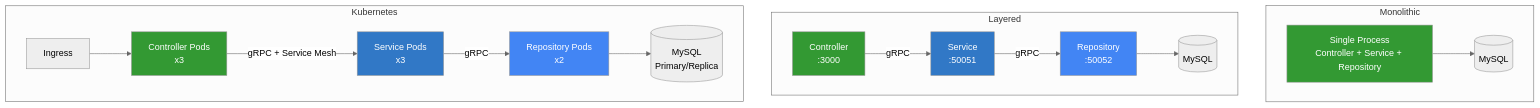
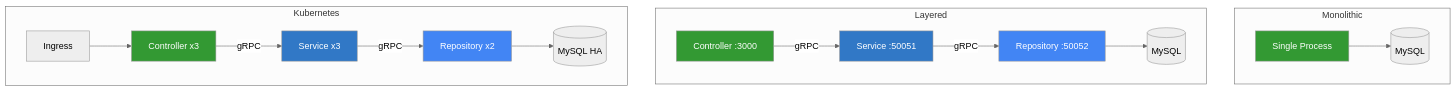
One commit to jrjohn/arcana-cloud-nodejs changed the third of 13 diagrams in README.md. Above: the diagram before and after it, drawn with Mermaid (neutral theme). The commit also changed other lines of this file, not shown here.

````diff
--- a/README.md
+++ b/README.md
@@ -115,33 +119,33 @@
 ```mermaid
 graph TB
     subgraph "Monolithic"
-        M_ALL[Single Process<br/>Controller + Service + Repository]
+        M_ALL["Single Process"]
         M_DB[(MySQL)]
         M_ALL --> M_DB
     end
 
     subgraph "Layered"
-        L_CTRL[Controller<br/>:3000]
-        L_SVC[Service<br/>:50051]
-        L_REPO[Repository<br/>:50052]
+        L_CTRL["Controller :3000"]
+        L_SVC["Service :50051"]
+        L_REPO["Repository :50052"]
         L_DB[(MySQL)]
         L_CTRL -->|gRPC| L_SVC -->|gRPC| L_REPO --> L_DB
     end
 
     subgraph "Kubernetes"
         K_ING[Ingress]
-        K_CTRL[Controller Pods<br/>x3]
-        K_SVC[Service Pods<br/>x3]
-        K_REPO[Repository Pods<br/>x2]
-        K_DB[(MySQL<br/>Primary/Replica)]
-        K_ING --> K_CTRL -->|gRPC + Service Mesh| K_SVC -->|gRPC| K_REPO --> K_DB
+        K_CTRL["Controller x3"]
+        K_SVC["Service x3"]
+        K_REPO["Repository x2"]
+        K_DB[("MySQL HA")]
+        K_ING --> K_CTRL -->|gRPC| K_SVC -->|gRPC| K_REPO --> K_DB
     end
 
     style M_ALL fill:#339933,color:#fff
     style L_CTRL fill:#339933,color:#fff
     style L_SVC fill:#3178C6,color:#fff
     style L_REPO fill:#4285F4,color:#fff
     style K_CTRL fill:#339933,color:#fff
     style K_SVC fill:#3178C6,color:#fff
     style K_REPO fill:#4285F4,color:#fff
 ```
````
